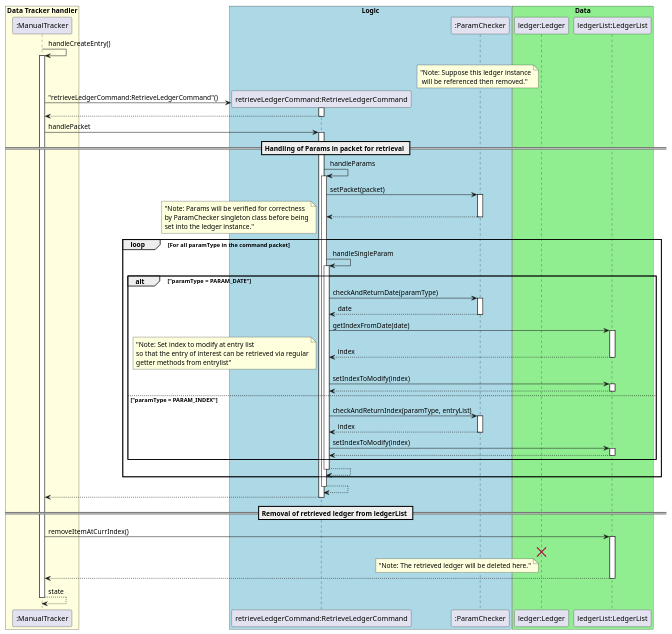
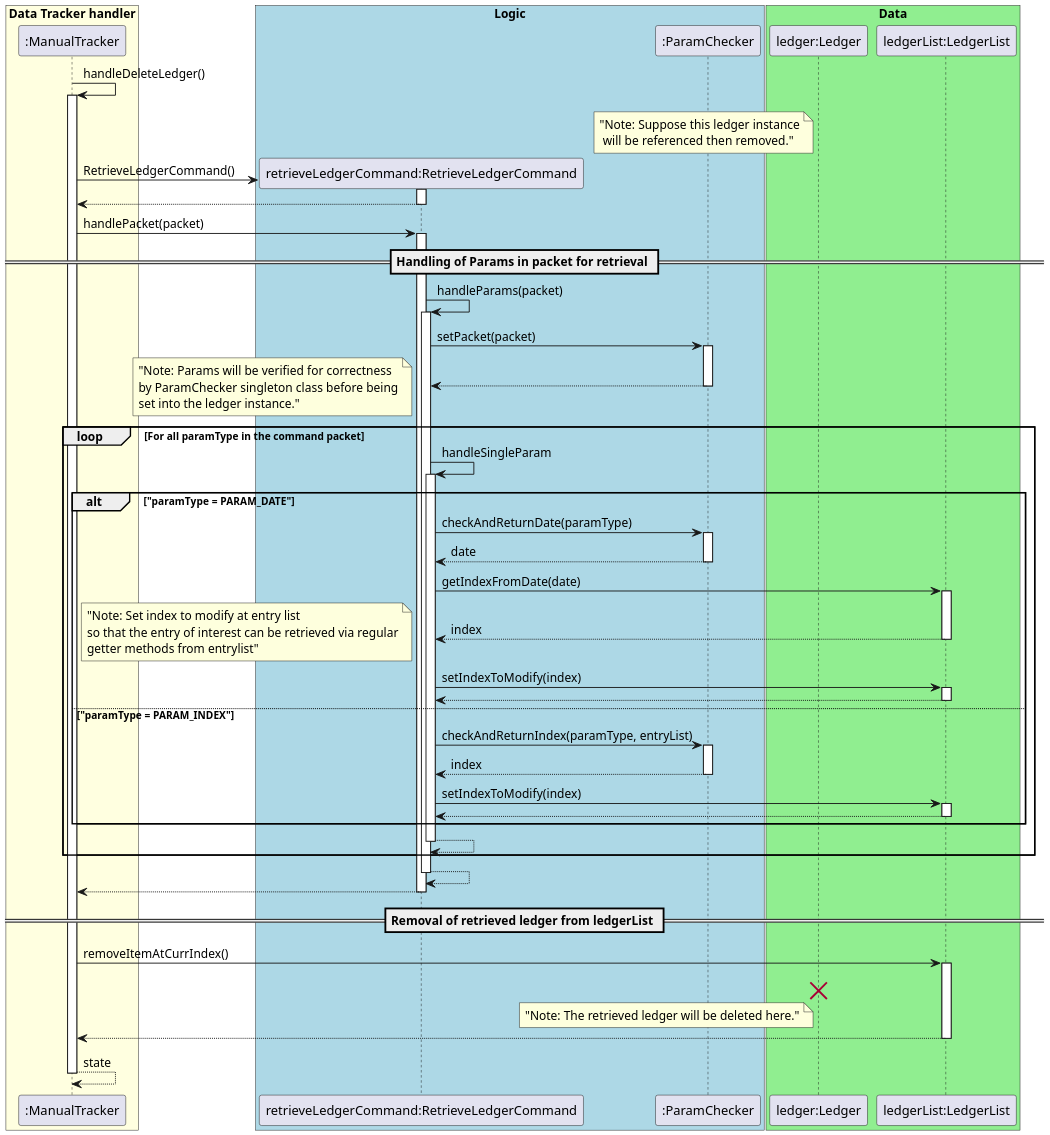
The diagram in docs/uml_images/manualTracker/manualTrackerDeleteLedgerSeqDiagram.puml (nus-cs2113-AY2021S1/tp), drawn with PlantUML before and after one commit. The commit also changed 4 other files, not shown here.

```diff
--- a/docs/uml_images/manualTracker/manualTrackerDeleteLedgerSeqDiagram.puml
+++ b/docs/uml_images/manualTracker/manualTrackerDeleteLedgerSeqDiagram.puml
@@ -1,56 +1,57 @@
 @startuml
 autoactivate on
+scale 2048 width
 
-":ManualTracker" ->":ManualTracker": handleCreateEntry()
+":ManualTracker" ->":ManualTracker": handleDeleteLedger()
    note left "ledger:Ledger" : "Note: Suppose this ledger instance\n will be referenced then removed."
    create "retrieveLedgerCommand:RetrieveLedgerCommand"
-   ":ManualTracker"-> "retrieveLedgerCommand:RetrieveLedgerCommand" : "retrieveLedgerCommand:RetrieveLedgerCommand"()
+   ":ManualTracker"-> "retrieveLedgerCommand:RetrieveLedgerCommand" : RetrieveLedgerCommand()
    return
 
-   ":ManualTracker"-> "retrieveLedgerCommand:RetrieveLedgerCommand" : handlePacket
+   ":ManualTracker"-> "retrieveLedgerCommand:RetrieveLedgerCommand" : handlePacket(packet)
         == Handling of Params in packet for retrieval ==
-        "retrieveLedgerCommand:RetrieveLedgerCommand" -> "retrieveLedgerCommand:RetrieveLedgerCommand" : handleParams
+        "retrieveLedgerCommand:RetrieveLedgerCommand" -> "retrieveLedgerCommand:RetrieveLedgerCommand" : handleParams(packet)
             "retrieveLedgerCommand:RetrieveLedgerCommand" -> ":ParamChecker" : setPacket(packet)
             return
             loop For all paramType in the command packet
                 note left: "Note: Params will be verified for correctness\nby ParamChecker singleton class before being\nset into the ledger instance."
                 "retrieveLedgerCommand:RetrieveLedgerCommand" -> "retrieveLedgerCommand:RetrieveLedgerCommand" : handleSingleParam
                     alt "paramType = PARAM_DATE"
                         "retrieveLedgerCommand:RetrieveLedgerCommand" ->":ParamChecker": checkAndReturnDate(paramType)
                         return date
                         "retrieveLedgerCommand:RetrieveLedgerCommand" -> "ledgerList:LedgerList" : getIndexFromDate(date)
                         return index
                         note left: "Note: Set index to modify at entry list\nso that the entry of interest can be retrieved via regular\ngetter methods from entrylist"
                         "retrieveLedgerCommand:RetrieveLedgerCommand" -> "ledgerList:LedgerList" : setIndexToModify(index)
                         return
                     else "paramType = PARAM_INDEX"
                         "retrieveLedgerCommand:RetrieveLedgerCommand" ->":ParamChecker": checkAndReturnIndex(paramType, entryList)
                         return index
                         "retrieveLedgerCommand:RetrieveLedgerCommand" -> "ledgerList:LedgerList" : setIndexToModify(index)
                         return
                     end
                 return
             end
         return
    return
    == Removal of retrieved ledger from ledgerList ==
    ":ManualTracker"-> "ledgerList:LedgerList" : removeItemAtCurrIndex()
    note left "ledger:Ledger": "Note: The retrieved ledger will be deleted here."
    destroy "ledger:Ledger"
    return
 return state
 
 box "Data Tracker handler" #LightYellow
 participant ":ManualTracker"
 endBox
 
 box "Logic" #LightBlue
 participant "retrieveLedgerCommand:RetrieveLedgerCommand"
 participant ":ParamChecker"
 endBox
 
 box "Data" #LightGreen
 participant "ledger:Ledger"
 participant "ledgerList:LedgerList"
 endBox
 @enduml
```
